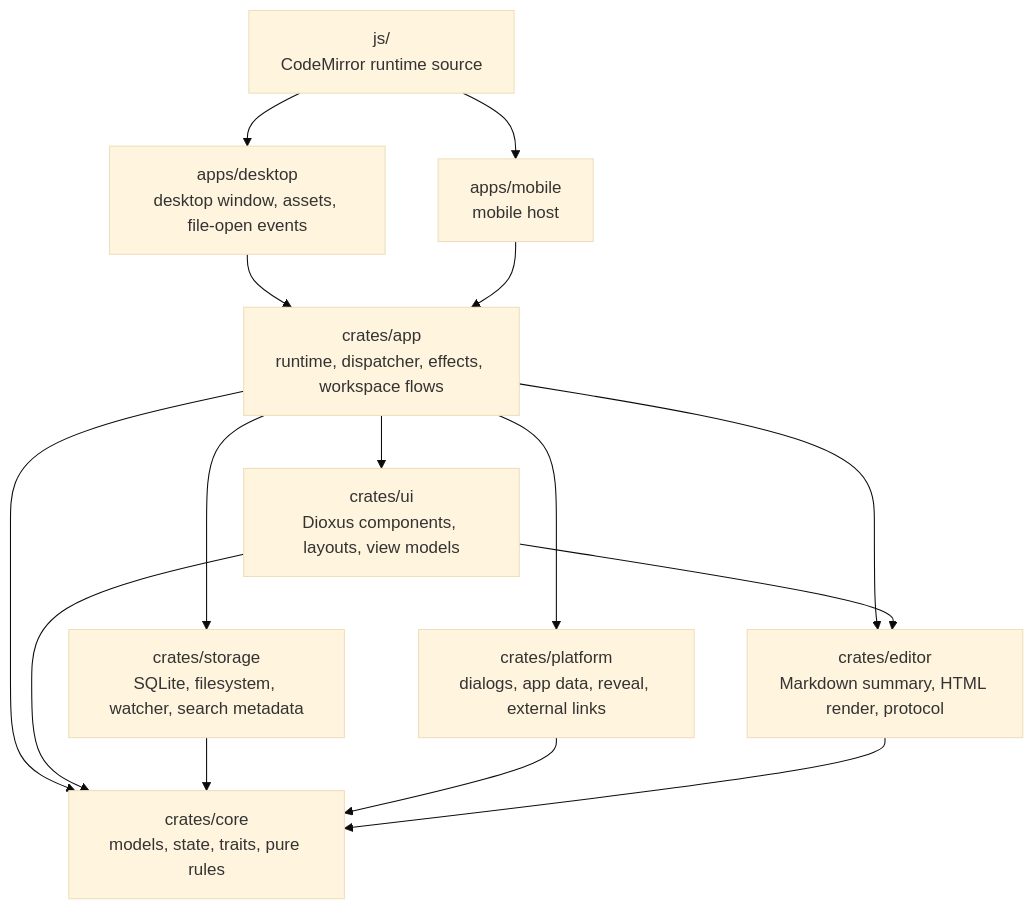
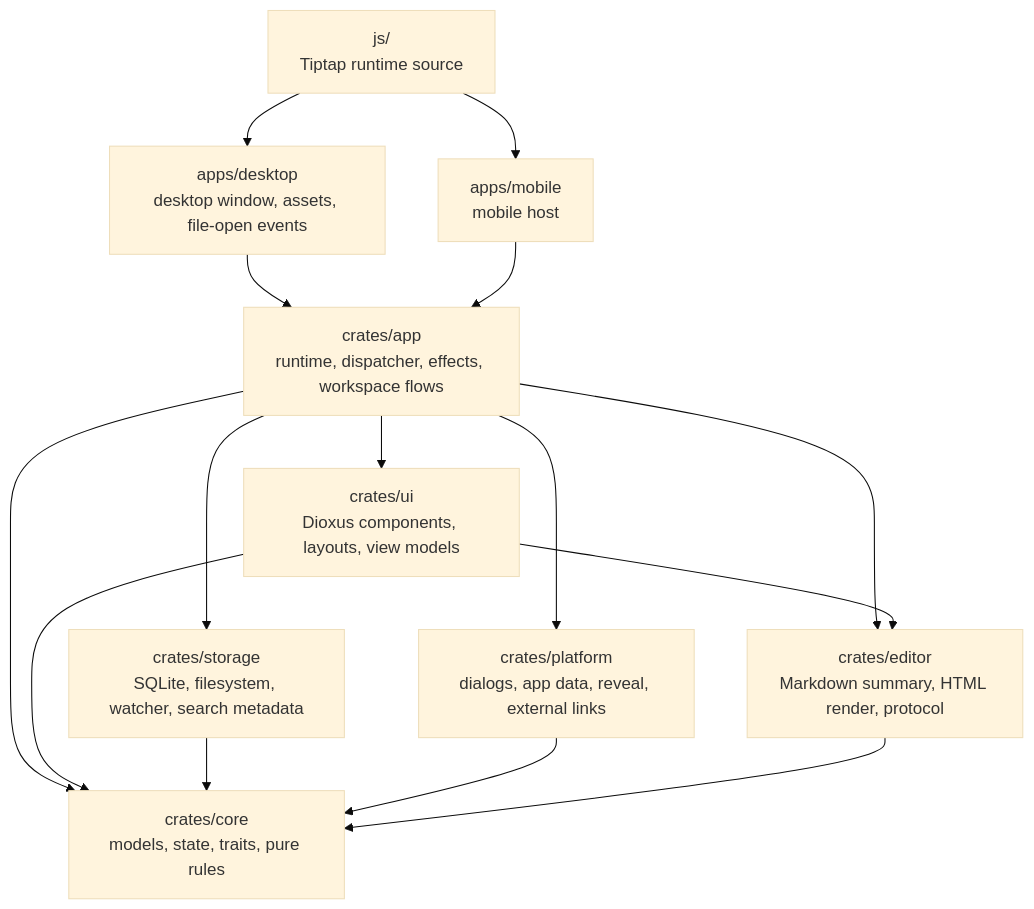
The diagram in README.md (Youzi2233/papyro), drawn with Mermaid (base theme) before and after one commit. The commit also changed other lines of this file and 19 other files, not shown here.

Commit message:
docs(editor): update tiptap runtime guidance

````diff
--- a/README.md
+++ b/README.md
@@ -86,27 +89,27 @@
 ```mermaid
 flowchart TD
     desktop["apps/desktop<br/>desktop window, assets, file-open events"]
     mobile["apps/mobile<br/>mobile host"]
     app["crates/app<br/>runtime, dispatcher, effects, workspace flows"]
     ui["crates/ui<br/>Dioxus components, layouts, view models"]
     core["crates/core<br/>models, state, traits, pure rules"]
     storage["crates/storage<br/>SQLite, filesystem, watcher, search metadata"]
     platform["crates/platform<br/>dialogs, app data, reveal, external links"]
     editor["crates/editor<br/>Markdown summary, HTML render, protocol"]
-    js["js/<br/>CodeMirror runtime source"]
+    js["js/<br/>Tiptap runtime source"]
 
     desktop --> app
     mobile --> app
     app --> ui
     app --> core
     app --> storage
     app --> platform
     app --> editor
     ui --> core
     ui --> editor
     storage --> core
     platform --> core
     editor --> core
     js --> desktop
     js --> mobile
 ```
````
